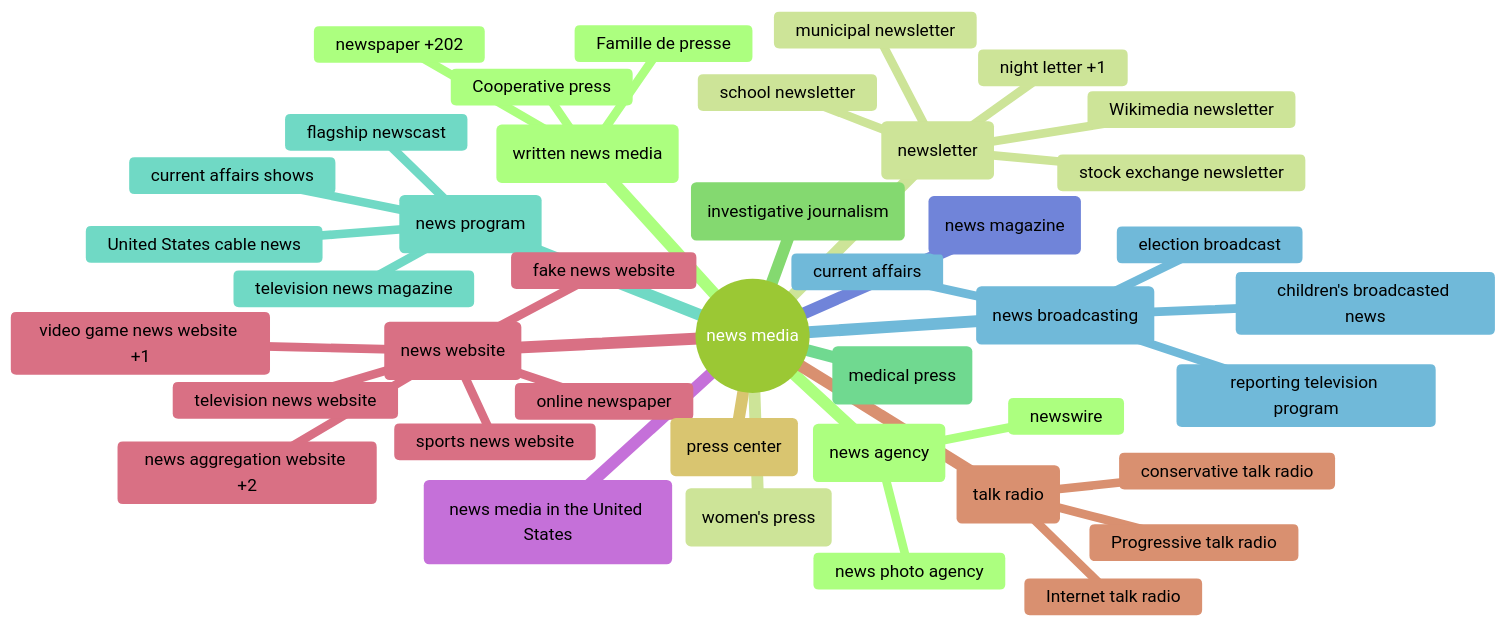
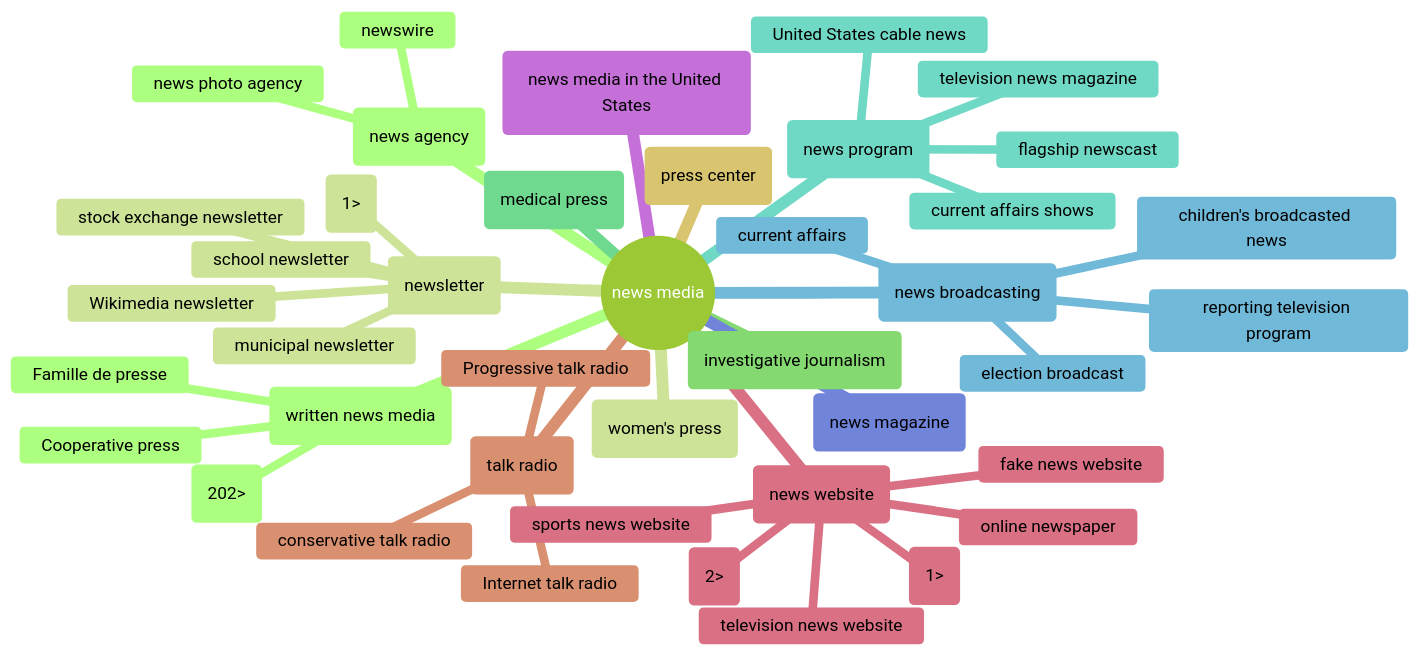
The diagram in README.md (hearvox/wiki-media-cred), drawn with Mermaid (forest theme) before and after one commit. The commit also changed other lines of this file, not shown here.

````diff
--- a/README.md
+++ b/README.md
@@ -36,44 +46,44 @@
 ```mermaid
 mindmap
 	root((news media))
 		id(news agency)
 			news photo agency
 			newswire
 		id(newsletter)
 			municipal newsletter
-			night letter +1
+			night letter (1>)
 			school newsletter
 			stock exchange newsletter
 			Wikimedia newsletter
 		id(investigative journalism)	
 		id(medical press)	
 		id(news program)	
 			current affairs shows
 			flagship newscast
 			television news magazine
 			United States cable news
 		id(news broadcasting)	
 			children's broadcasted news
 			current affairs
 			election broadcast
 			reporting television program
 		id(news magazine)
 		id(news media in the United States)
 		id(news website)
 			fake news website
-			news aggregation website +2
+			news aggregation website (2>)
 			online newspaper
 			sports news website
 			television news website
-			video game news website +1
+			video game news website (1>)
 		id(talk radio)
 			conservative talk radio
 			Internet talk radio
 			Progressive talk radio
 		id(press center)	
 		id(written news media)
 			Cooperative press
 			Famille de presse
-			newspaper +202
+			newspaper (202>)
 		id(women's press)
  ```
````
